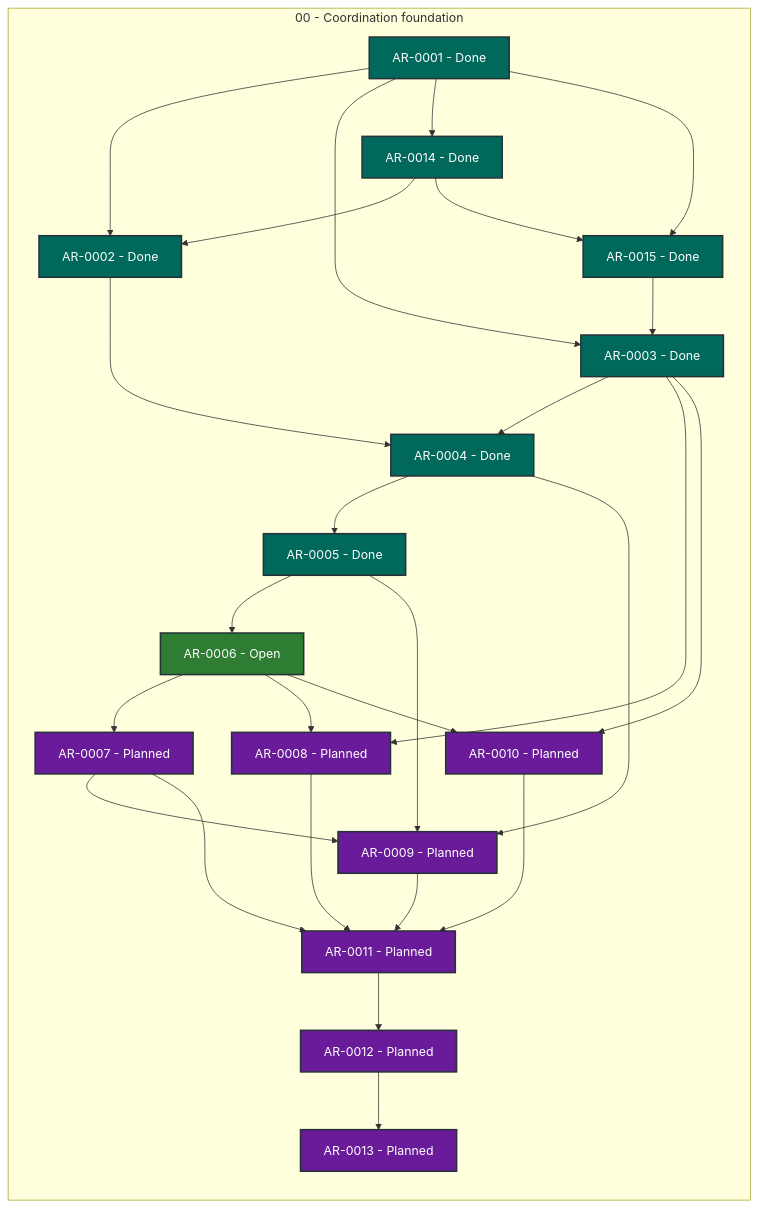
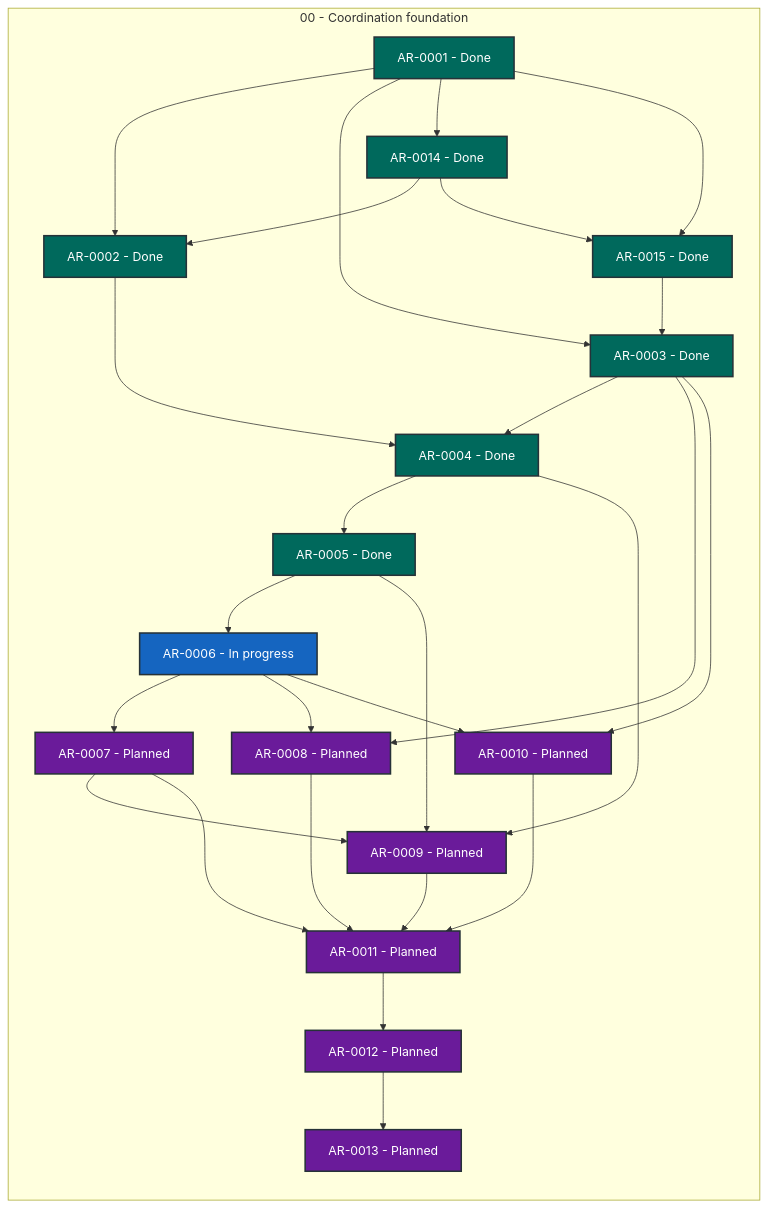
Before and after one commit to martin-beck/agent-workflow-tui-state: the diagram in STATUS.md, drawn with Mermaid. The commit also changed other lines of this file and 2 other files, not shown here.

````diff
--- a/STATUS.md
+++ b/STATUS.md
@@ -27,54 +27,54 @@
 ```mermaid
 flowchart LR
     subgraph series_00["00 - Coordination foundation"]
         direction TB
         AR_0001["AR-0001 - Done"]:::status_done
         AR_0002["AR-0002 - Done"]:::status_done
         AR_0003["AR-0003 - Done"]:::status_done
         AR_0004["AR-0004 - Done"]:::status_done
         AR_0005["AR-0005 - Done"]:::status_done
-        AR_0006["AR-0006 - Open"]:::status_open
+        AR_0006["AR-0006 - In progress"]:::status_in_progress
         AR_0007["AR-0007 - Planned"]:::status_planned
         AR_0008["AR-0008 - Planned"]:::status_planned
         AR_0009["AR-0009 - Planned"]:::status_planned
         AR_0010["AR-0010 - Planned"]:::status_planned
         AR_0011["AR-0011 - Planned"]:::status_planned
         AR_0012["AR-0012 - Planned"]:::status_planned
         AR_0013["AR-0013 - Planned"]:::status_planned
         AR_0014["AR-0014 - Done"]:::status_done
         AR_0015["AR-0015 - Done"]:::status_done
     end
     AR_0001 --> AR_0002
     AR_0001 --> AR_0003
     AR_0001 --> AR_0014
     AR_0001 --> AR_0015
     AR_0002 --> AR_0004
     AR_0003 --> AR_0004
     AR_0003 --> AR_0008
     AR_0003 --> AR_0010
     AR_0004 --> AR_0005
     AR_0004 --> AR_0009
     AR_0005 --> AR_0006
     AR_0005 --> AR_0009
     AR_0006 --> AR_0007
     AR_0006 --> AR_0008
     AR_0006 --> AR_0010
     AR_0007 --> AR_0009
     AR_0007 --> AR_0011
     AR_0008 --> AR_0011
     AR_0009 --> AR_0011
     AR_0010 --> AR_0011
     AR_0011 --> AR_0012
     AR_0012 --> AR_0013
     AR_0014 --> AR_0002
     AR_0014 --> AR_0015
     AR_0015 --> AR_0003
     classDef status_in_progress fill:#1565c0,color:#ffffff,stroke:#263238,stroke-width:2px
     classDef status_open fill:#2e7d32,color:#ffffff,stroke:#263238,stroke-width:2px
     classDef status_blocked fill:#c62828,color:#ffffff,stroke:#263238,stroke-width:2px
     classDef status_planned fill:#6a1b9a,color:#ffffff,stroke:#263238,stroke-width:2px
     classDef status_future fill:#455a64,color:#ffffff,stroke:#263238,stroke-width:2px
     classDef status_done fill:#00695c,color:#ffffff,stroke:#263238,stroke-width:2px
     classDef status_cancelled fill:#616161,color:#ffffff,stroke:#263238,stroke-width:2px
     classDef status_superseded fill:#5d4037,color:#ffffff,stroke:#263238,stroke-width:2px
 ```
````
